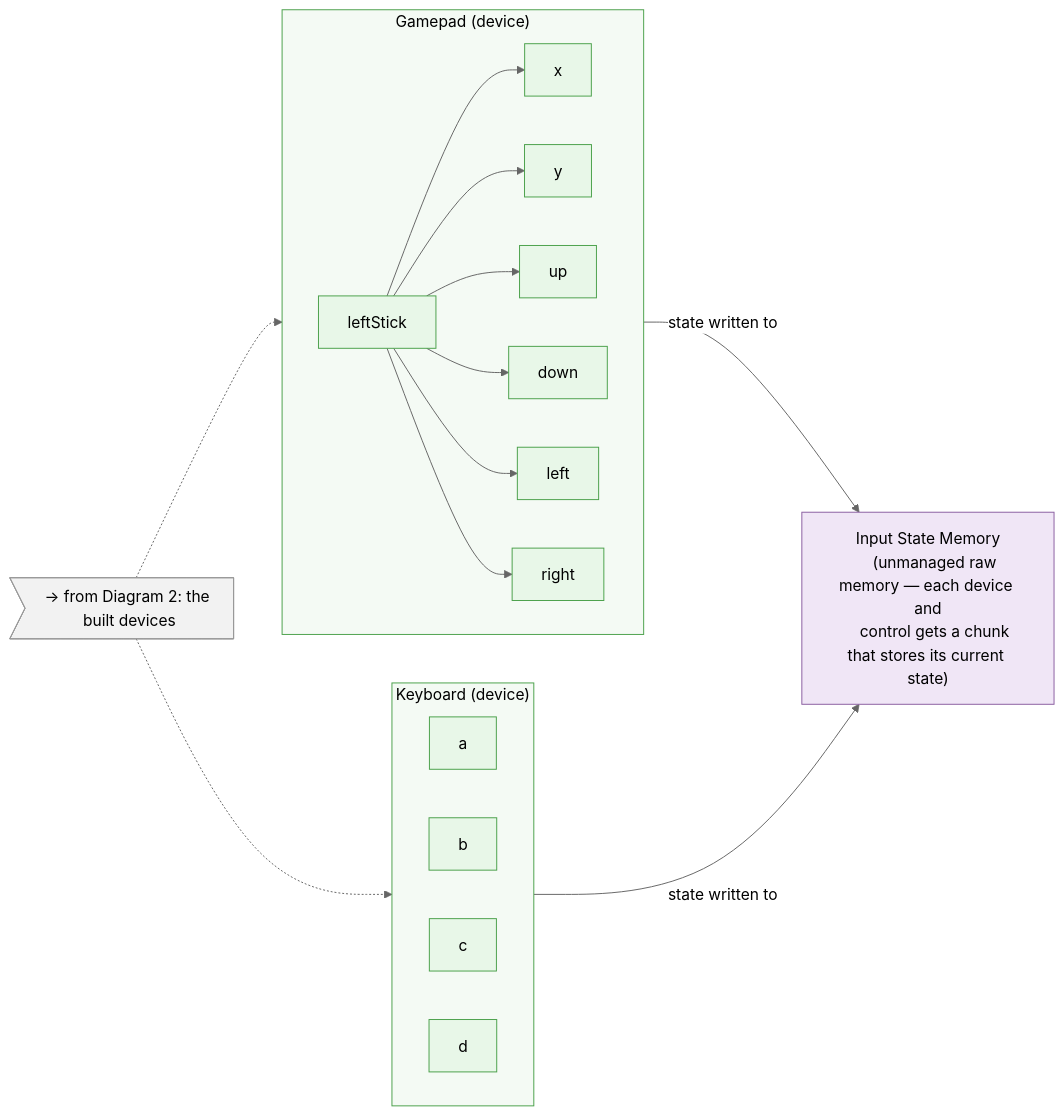
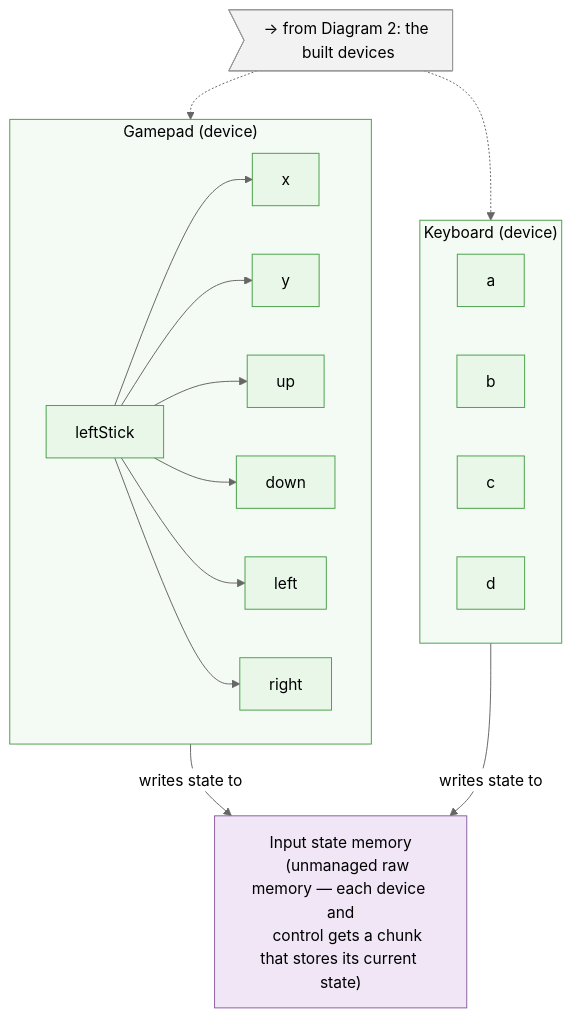
One commit to Unity-Technologies/InputSystem changed the third of 5 diagrams in Packages/com.unity.inputsystem/Documentation~/Architecture.md. Above: the diagram before and after it, drawn with Mermaid (neutral theme). The commit also changed other lines of this file, not shown here.

````diff
--- a/Packages/com.unity.inputsystem/Documentation~/Architecture.md
+++ b/Packages/com.unity.inputsystem/Documentation~/Architecture.md
@@ -126,35 +156,35 @@
 ```mermaid
-flowchart LR
-    %% Diagram 3 of 3: The device's state is stored in Input State Memory
-    %% Left-to-right flow so each device's controls stack vertically at a readable size.
+flowchart TB
+    %% Diagram 3 of 3: devices store their state in memory
+    %% Outer flow is top-to-bottom; subgraphs run left-to-right so controls stay readable.
     in3>"→ from Diagram 2: the built devices"] -.-> GP & KB
 
     subgraph GP["Gamepad (device)"]
         direction LR
         leftStick["leftStick"] --> x & y & up & down & left & right
     end
 
     subgraph KB["Keyboard (device)"]
         direction LR
         a
         b
         c
         d
     end
 
-    StateMemory["Input State Memory
+    StateMemory["Input state memory
     (unmanaged raw memory — each device and
     control gets a chunk that stores its current state)"]
 
-    GP -->|"state written to"| StateMemory
-    KB -->|"state written to"| StateMemory
+    GP -->|"writes state to"| StateMemory
+    KB -->|"writes state to"| StateMemory
 
     classDef device fill:#e8f7e8,stroke:#4aa04a,color:#000;
     classDef mem fill:#f0e6f6,stroke:#8a5ea0,color:#000;
     classDef signpost fill:#f2f2f2,stroke:#999,color:#000;
     class leftStick,x,y,up,down,left,right,a,b,c,d device;
     class StateMemory mem;
     class in3 signpost;
     style GP fill:#f4faf4,stroke:#4aa04a,color:#000;
     style KB fill:#f4faf4,stroke:#4aa04a,color:#000;
 ```
````
